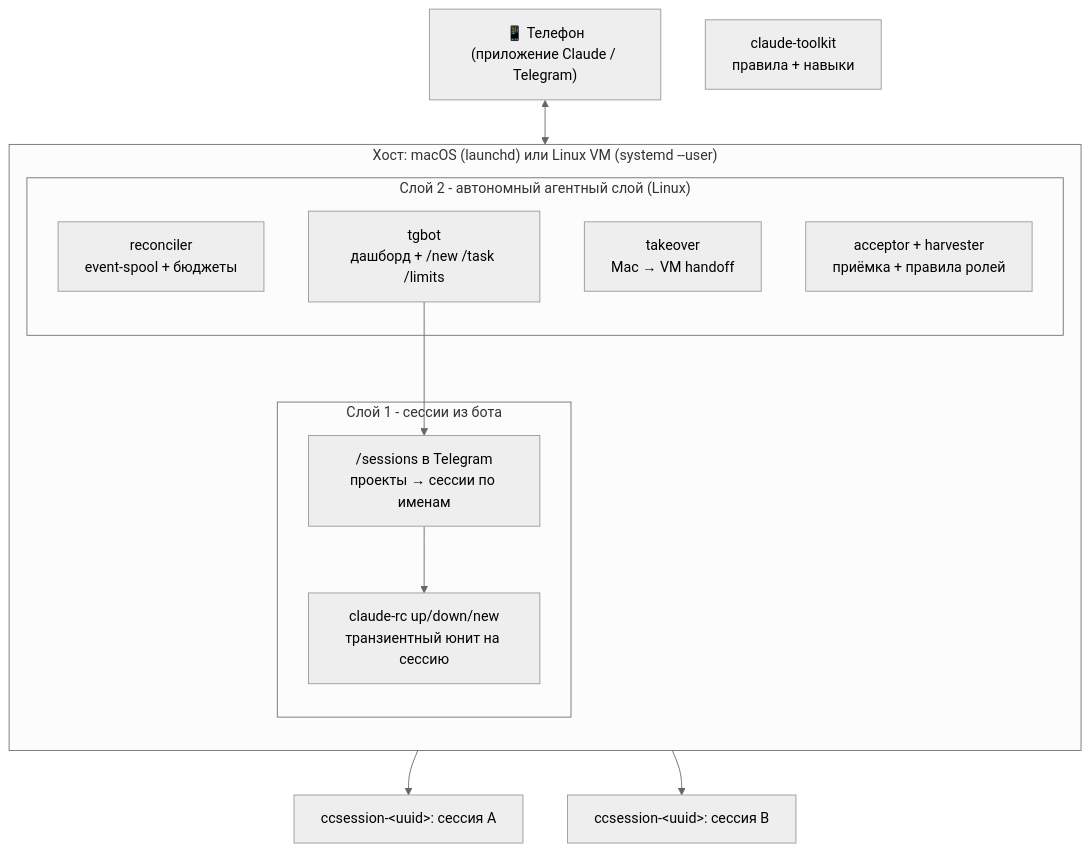
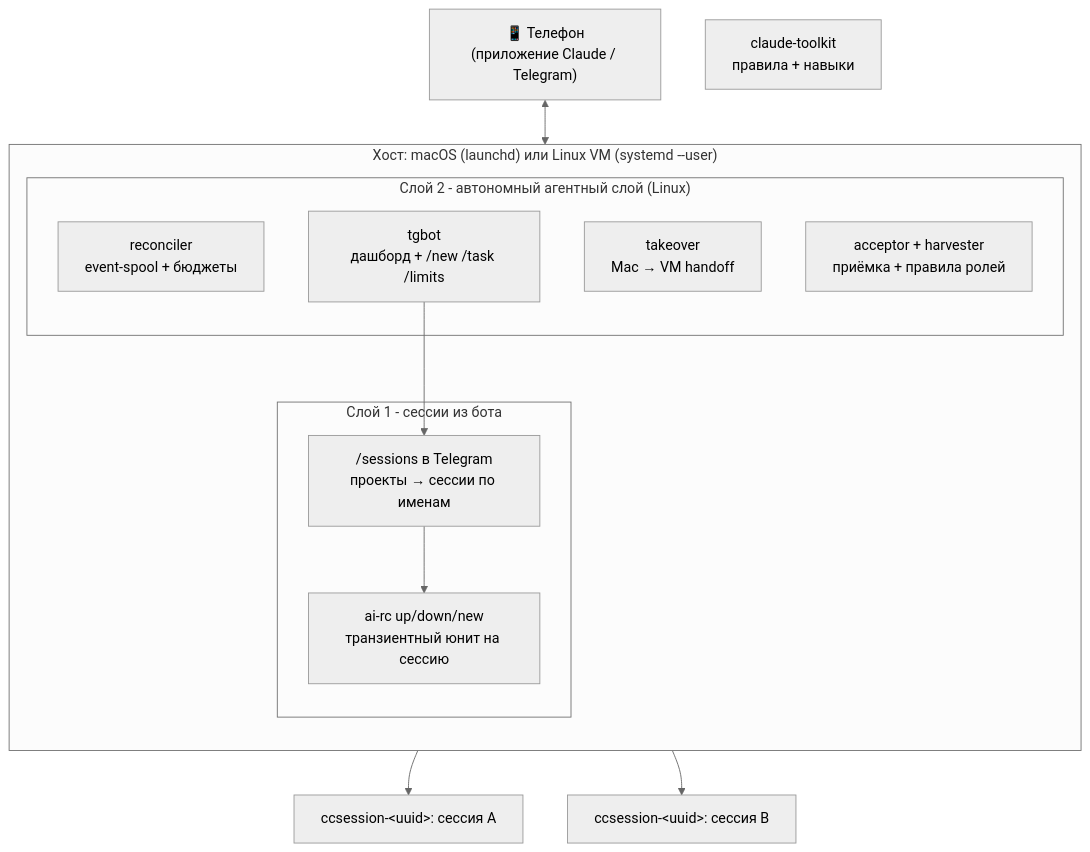
The diagram in README.md (dewil/ai-control), drawn with Mermaid (neutral theme) before and after one commit. The commit also changed other lines of this file and 211 other files, not shown here.

````diff
--- a/README.md
+++ b/README.md
@@ -21,26 +21,26 @@
 ```mermaid
 flowchart TB
     phone["📱 Телефон<br/>(приложение Claude / Telegram)"]
 
     subgraph host["Хост: macOS (launchd) или Linux VM (systemd --user)"]
       direction TB
       subgraph L1["Слой 1 - сессии из бота"]
         menu["/sessions в Telegram<br/>проекты → сессии по именам"]
-        rc["claude-rc up/down/new<br/>транзиентный юнит на сессию"]
+        rc["ai-rc up/down/new<br/>транзиентный юнит на сессию"]
         menu --> rc
       end
       subgraph L2["Слой 2 - автономный агентный слой (Linux)"]
         recon["reconciler<br/>event-spool + бюджеты"]
         tgbot["tgbot<br/>дашборд + /new /task /limits"]
         takeover["takeover<br/>Mac → VM handoff"]
         harvest["acceptor + harvester<br/>приёмка + правила ролей"]
       end
     end
 
     toolkit["claude-toolkit<br/>правила + навыки"]
 
     phone <--> tgbot
     tgbot --> menu
     rc --> projA["ccsession-&lt;uuid&gt;: сессия A"]
     rc --> projB["ccsession-&lt;uuid&gt;: сессия B"]
 ```
````
